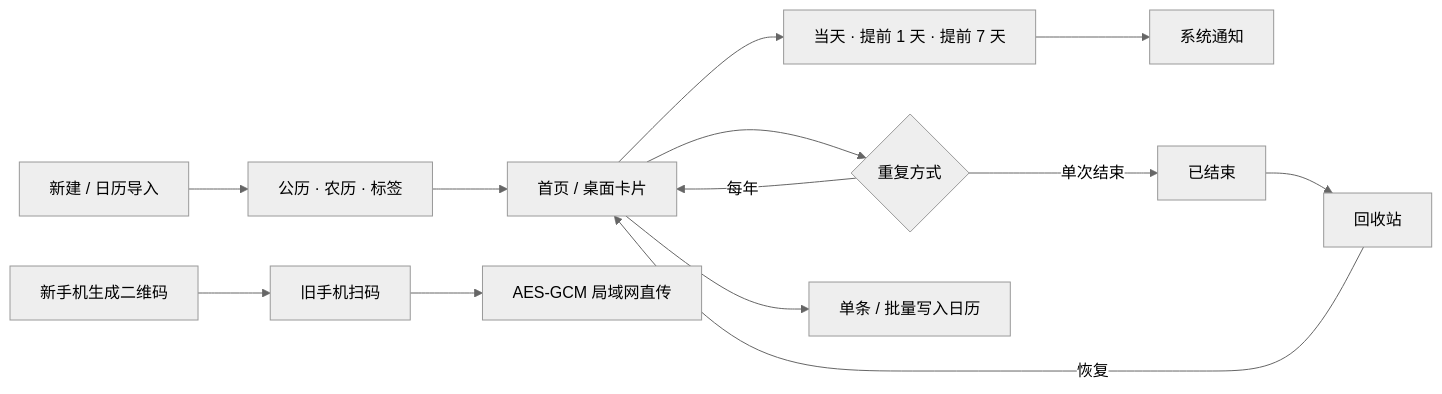
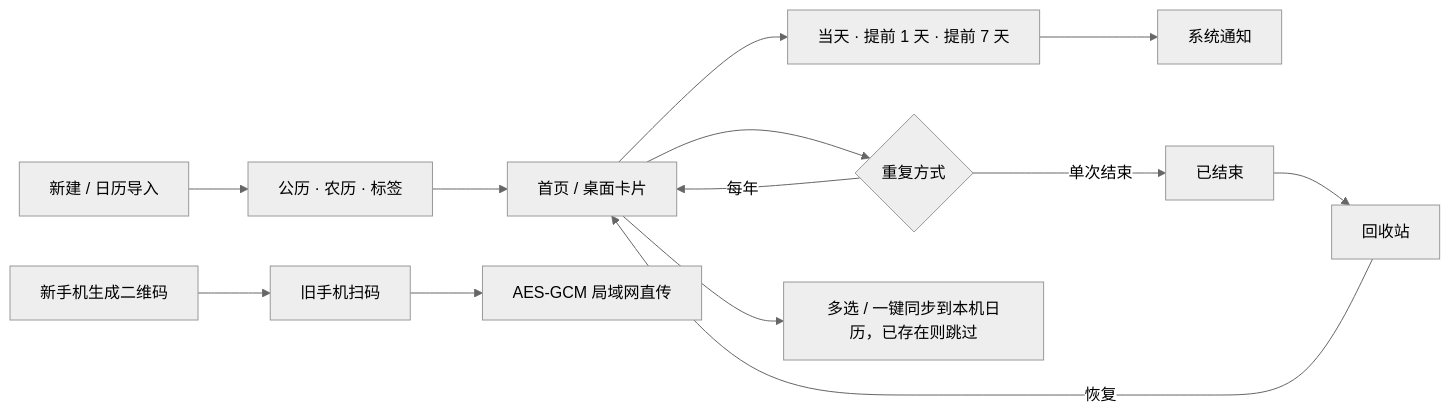
Before and after one commit to lichengjie19/nianri-android: the diagram in README.md, drawn with Mermaid (neutral theme). The commit also changed other lines of this file and 7 other files, not shown here.

````diff
--- a/README.md
+++ b/README.md
@@ -16,15 +18,15 @@
 ```mermaid
 flowchart LR
     A["新建 / 日历导入"] --> B["公历 · 农历 · 标签"]
     B --> C["首页 / 桌面卡片"]
     C --> D["当天 · 提前 1 天 · 提前 7 天"]
     D --> E["系统通知"]
     C --> F{"重复方式"}
     F -->|"每年"| C
     F -->|"单次结束"| G["已结束"]
     G --> H["回收站"]
     H -->|"恢复"| C
-    C --> I["单条 / 批量写入日历"]
+    C --> I["多选 / 一键同步到本机日历，已存在则跳过"]
     J["新手机生成二维码"] --> K["旧手机扫码"]
     K --> L["AES-GCM 局域网直传"]
 ```
````
